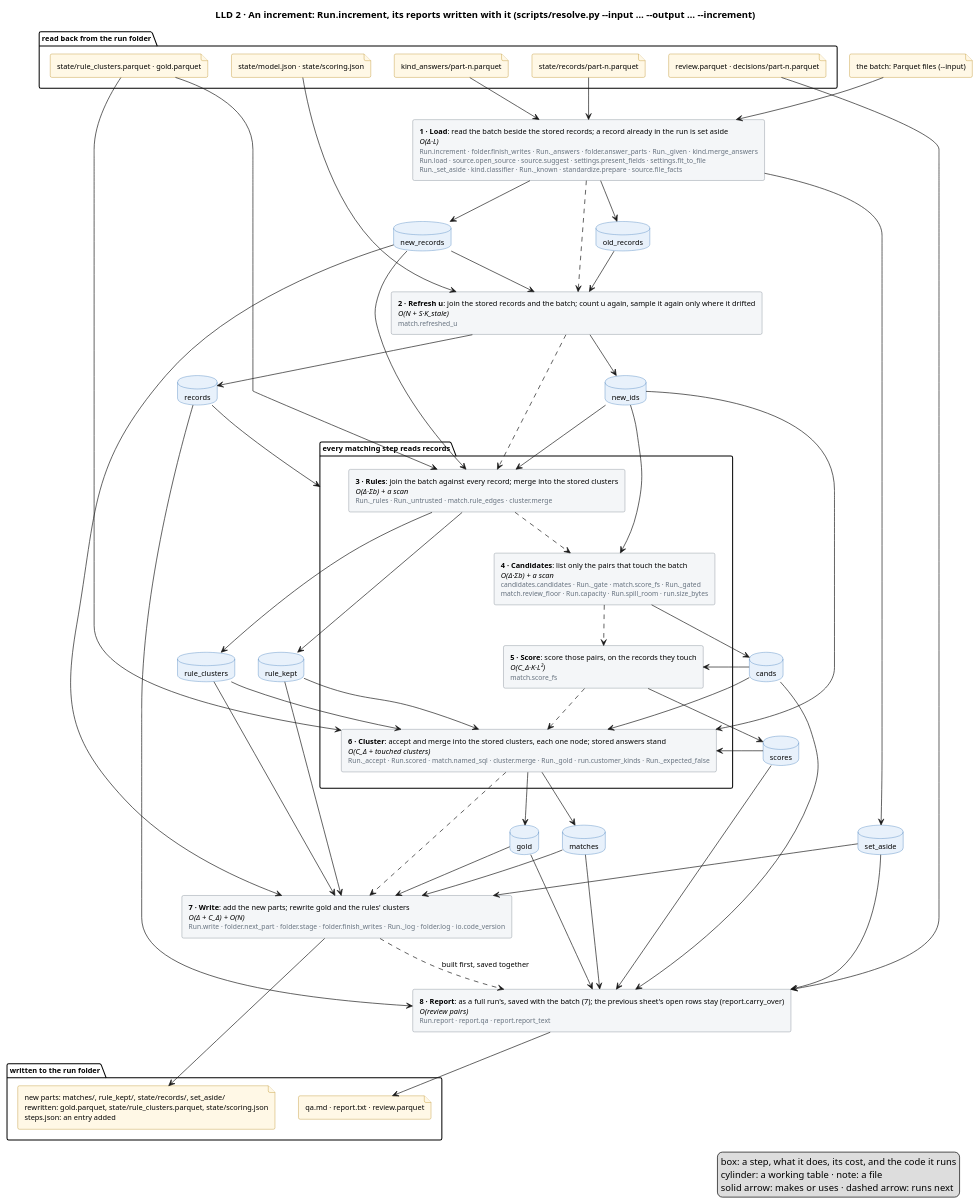
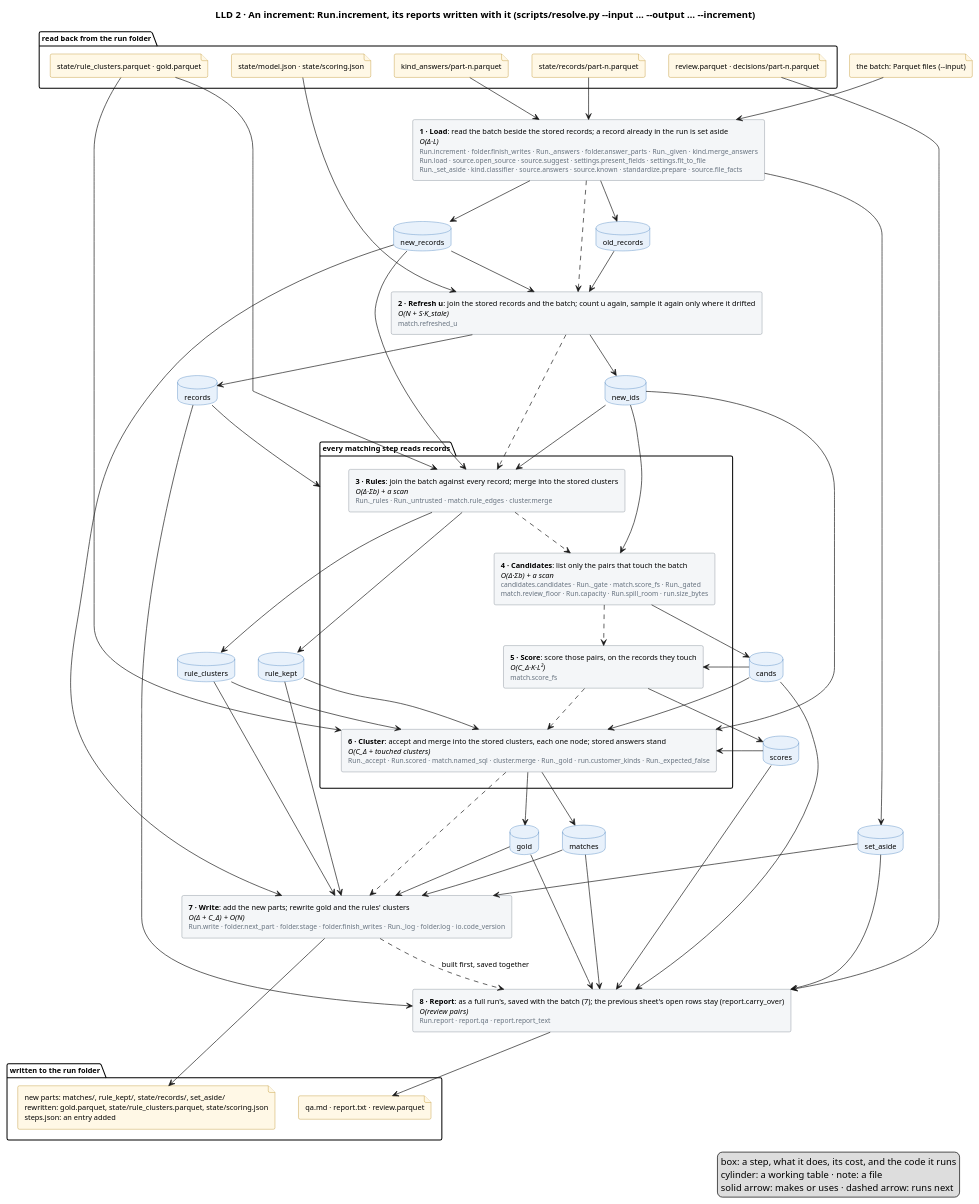
Before and after one commit to mvsbm/entity_matching: the diagram in docs/diagrams/increment.puml, drawn with PlantUML. The commit also changed 10 other files, not shown here.

First line of the commit message:
One door for people's files: answers and decisions enter through er.source

```diff
--- a/docs/diagrams/increment.puml
+++ b/docs/diagrams/increment.puml
@@ -1,113 +1,113 @@
 @startuml increment
 title LLD 2 · An increment: Run.increment, its reports written with it (scripts/resolve.py ~--input … ~--output … ~--increment)
 skinparam defaultFontSize 11
 skinparam rectangle {
   BackgroundColor #F4F6F8
   BorderColor #65717E
 }
 skinparam database {
   BackgroundColor #E8F1FB
   BorderColor #2C6DB3
 }
 skinparam file {
   BackgroundColor #FFF8E6
   BorderColor #B07D00
 }
 
 package "read back from the run folder" {
   file "state/model.json · state/scoring.json" as f_model
   file "state/records/part-n.parquet" as f_records
   file "state/rule_clusters.parquet · gold.parquet" as f_clusters
   file "kind_answers/part-n.parquet" as f_answers
   file "review.parquet · decisions/part-n.parquet" as f_sheet
 }
 file "the batch: Parquet files (~--input)" as f_batch
 
 
-rectangle "<b>1 · Load</b>: read the batch beside the stored records; a record already in the run is set aside\n<i>O(Δ·L)</i>\n<size:10><color:#65717E>Run.increment · folder.finish_writes · Run._answers · folder.answer_parts · Run._given · kind.merge_answers</color></size>\n<size:10><color:#65717E>Run.load · source.open_source · source.suggest · settings.present_fields · settings.fit_to_file</color></size>\n<size:10><color:#65717E>Run._set_aside · kind.classifier · Run._known · standardize.prepare · source.file_facts</color></size>" as load
+rectangle "<b>1 · Load</b>: read the batch beside the stored records; a record already in the run is set aside\n<i>O(Δ·L)</i>\n<size:10><color:#65717E>Run.increment · folder.finish_writes · Run._answers · folder.answer_parts · Run._given · kind.merge_answers</color></size>\n<size:10><color:#65717E>Run.load · source.open_source · source.suggest · settings.present_fields · settings.fit_to_file</color></size>\n<size:10><color:#65717E>Run._set_aside · kind.classifier · source.answers · source.known · standardize.prepare · source.file_facts</color></size>" as load
 rectangle "<b>2 · Refresh u</b>: join the stored records and the batch; count u again, sample it again only where it drifted\n<i>O(N + S·K_stale)</i>\n<size:10><color:#65717E>match.refreshed_u</color></size>" as fit
 package "every matching step reads records" as matching {
   rectangle "<b>3 · Rules</b>: join the batch against every record; merge into the stored clusters\n<i>O(Δ·Σb) + a scan</i>\n<size:10><color:#65717E>Run._rules · Run._untrusted · match.rule_edges · cluster.merge</color></size>" as rules
   rectangle "<b>4 · Candidates</b>: list only the pairs that touch the batch\n<i>O(Δ·Σb) + a scan</i>\n<size:10><color:#65717E>candidates.candidates · Run._gate · match.score_fs · Run._gated</color></size>\n<size:10><color:#65717E>match.review_floor · Run.capacity · Run.spill_room · run.size_bytes</color></size>" as candidates
   rectangle "<b>5 · Score</b>: score those pairs, on the records they touch\n<i>O(C_Δ·K·L²)</i>\n<size:10><color:#65717E>match.score_fs</color></size>" as score
   rectangle "<b>6 · Cluster</b>: accept and merge into the stored clusters, each one node; stored answers stand\n<i>O(C_Δ + touched clusters)</i>\n<size:10><color:#65717E>Run._accept · Run.scored · match.named_sql · cluster.merge · Run._gold · run.customer_kinds · Run._expected_false</color></size>" as cluster
 }
 rectangle "<b>7 · Write</b>: add the new parts; rewrite gold and the rules' clusters\n<i>O(Δ + C_Δ) + O(N)</i>\n<size:10><color:#65717E>Run.write · folder.next_part · folder.stage · folder.finish_writes · Run._log · folder.log · io.code_version</color></size>" as write
 rectangle "<b>8 · Report</b>: as a full run's, saved with the batch (7); the previous sheet's open rows stay (report.carry_over)\n<i>O(review pairs)</i>\n<size:10><color:#65717E>Run.report · report.qa · report.report_text</color></size>" as report
 database "old_records" as old_records
 database "new_records" as new_records
 database "set_aside" as set_aside
 database "records" as records
 database "new_ids" as new_ids
 database "rule_clusters" as rule_clusters
 database "rule_kept" as rule_kept
 database "cands" as cands
 database "scores" as scores
 database "matches" as matches
 database "gold" as gold
 
 package "written to the run folder" {
   file "new parts: matches/, rule_kept/, state/records/, set_aside/\nrewritten: gold.parquet, state/rule_clusters.parquet, state/scoring.json\nsteps.json: an entry added" as f_out
   file "qa.md · report.txt · review.parquet" as f_people
 }
 
 f_batch --> load
 f_records --> load
 f_answers --> load
 f_model --> fit
 f_clusters --> rules
 f_clusters --> cluster
 f_sheet --> report
 
 load ..> fit
 fit ..> rules
 rules ..> candidates
 candidates ..> score
 score ..> cluster
 cluster ..> write
 write ..> report : built first, saved together
 
 load --> old_records
 load --> new_records
 load --> set_aside
 old_records --> fit
 new_records --> fit
 fit --> records
 fit --> new_ids
 records --> matching
 new_records --> rules
 new_ids --> rules
 rules --> rule_clusters
 rules --> rule_kept
 new_ids --> candidates
 candidates --> cands
 cands --> score
 score --> scores
 new_ids --> cluster
 rule_clusters --> cluster
 rule_kept --> cluster
 cands --> cluster
 scores --> cluster
 cluster --> matches
 cluster --> gold
 new_records --> write
 rule_clusters --> write
 rule_kept --> write
 matches --> write
 gold --> write
 set_aside --> write
 records --> report
 cands --> report
 scores --> report
 matches --> report
 gold --> report
 set_aside --> report
 
 write --> f_out
 report --> f_people
 legend right
   box: a step, what it does, its cost, and the code it runs
   cylinder: a working table · note: a file
   solid arrow: makes or uses · dashed arrow: runs next
 endlegend
 @enduml
```
